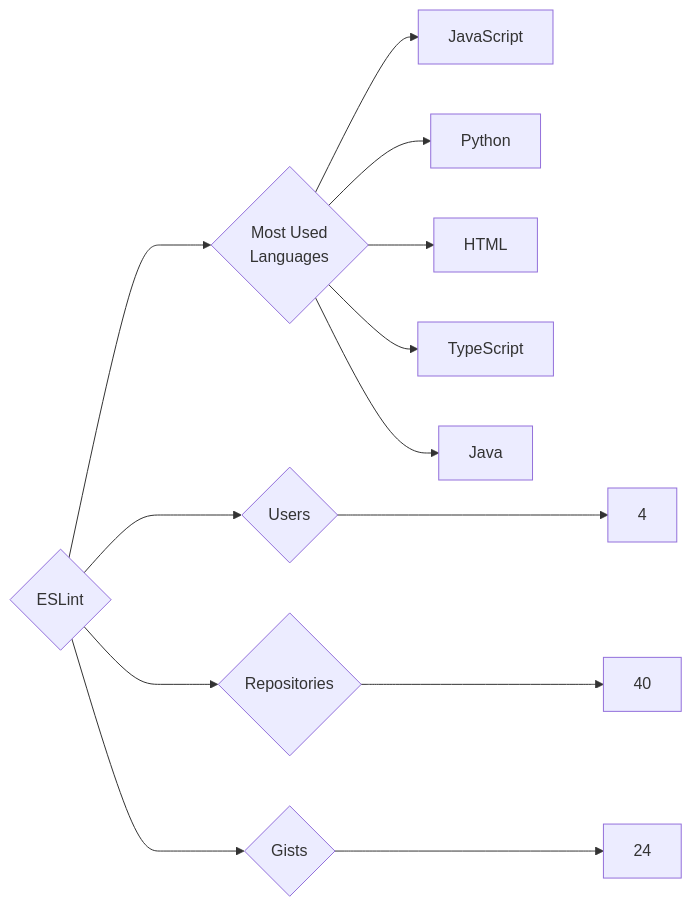
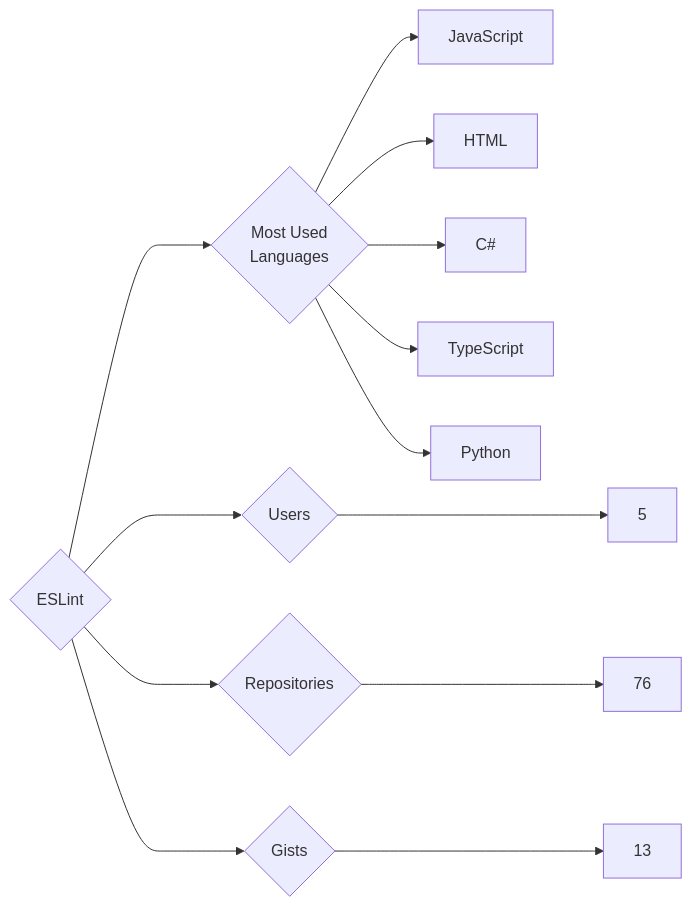
Before and after one commit to trickest/insiders: the diagram in targets/ESLint/README.md, drawn with Mermaid. The commit also changed 942 other files, not shown here.

````diff
--- a/targets/ESLint/README.md
+++ b/targets/ESLint/README.md
@@ -3,13 +3,13 @@
 ```mermaid
 graph LR
 COMPANY_NAME{ESLint}
-COMPANY_NAME ---> U{Users} ---> UN[4]
-COMPANY_NAME ---> R{Repositories} ---> RN[40]
-COMPANY_NAME ---> G{Gists} ---> GN[24]
+COMPANY_NAME ---> U{Users} ---> UN[5]
+COMPANY_NAME ---> R{Repositories} ---> RN[76]
+COMPANY_NAME ---> G{Gists} ---> GN[13]
 COMPANY_NAME ---> ML{Most Used<br>Languages}
 ML --> JavaScript[JavaScript]
+ML --> HTML[HTML]
+ML --> C#[C#]
+ML --> TypeScript[TypeScript]
 ML --> Python[Python]
-ML --> HTML[HTML]
-ML --> TypeScript[TypeScript]
-ML --> Java[Java]
 ```
````
